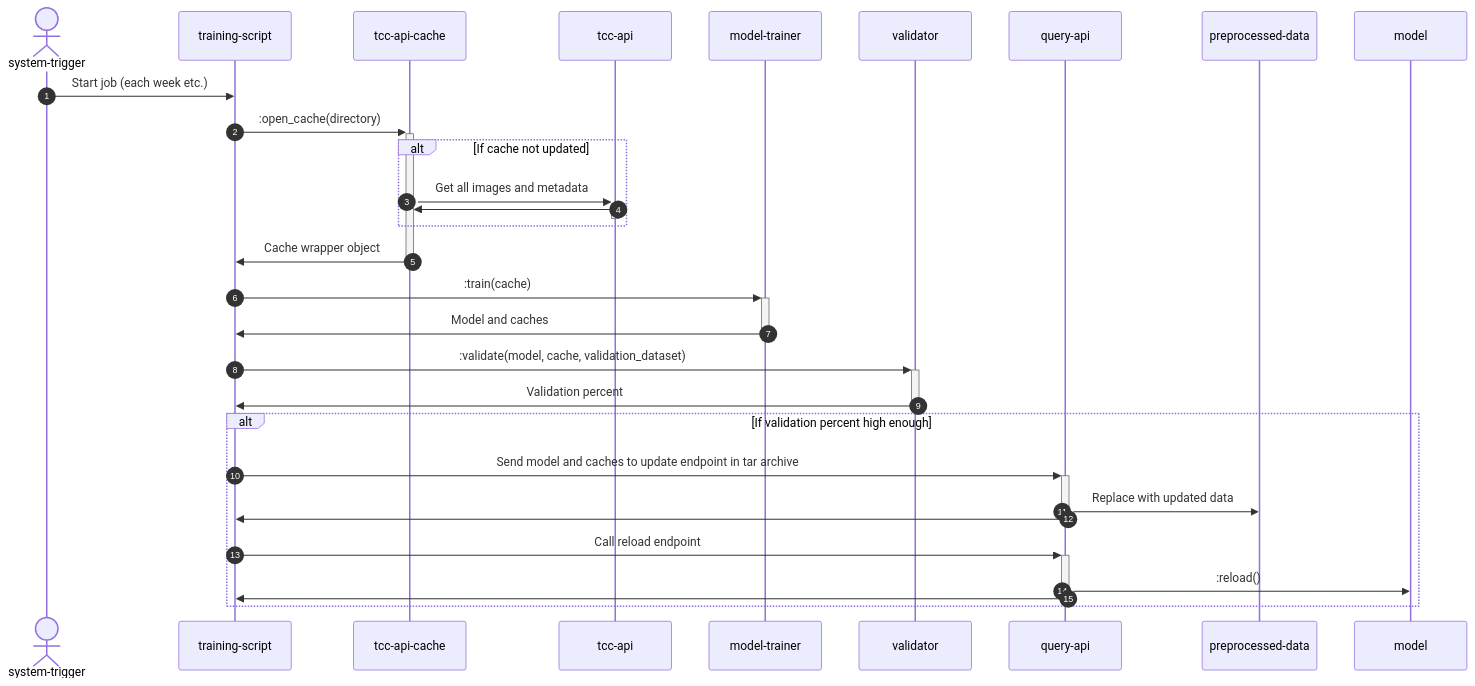
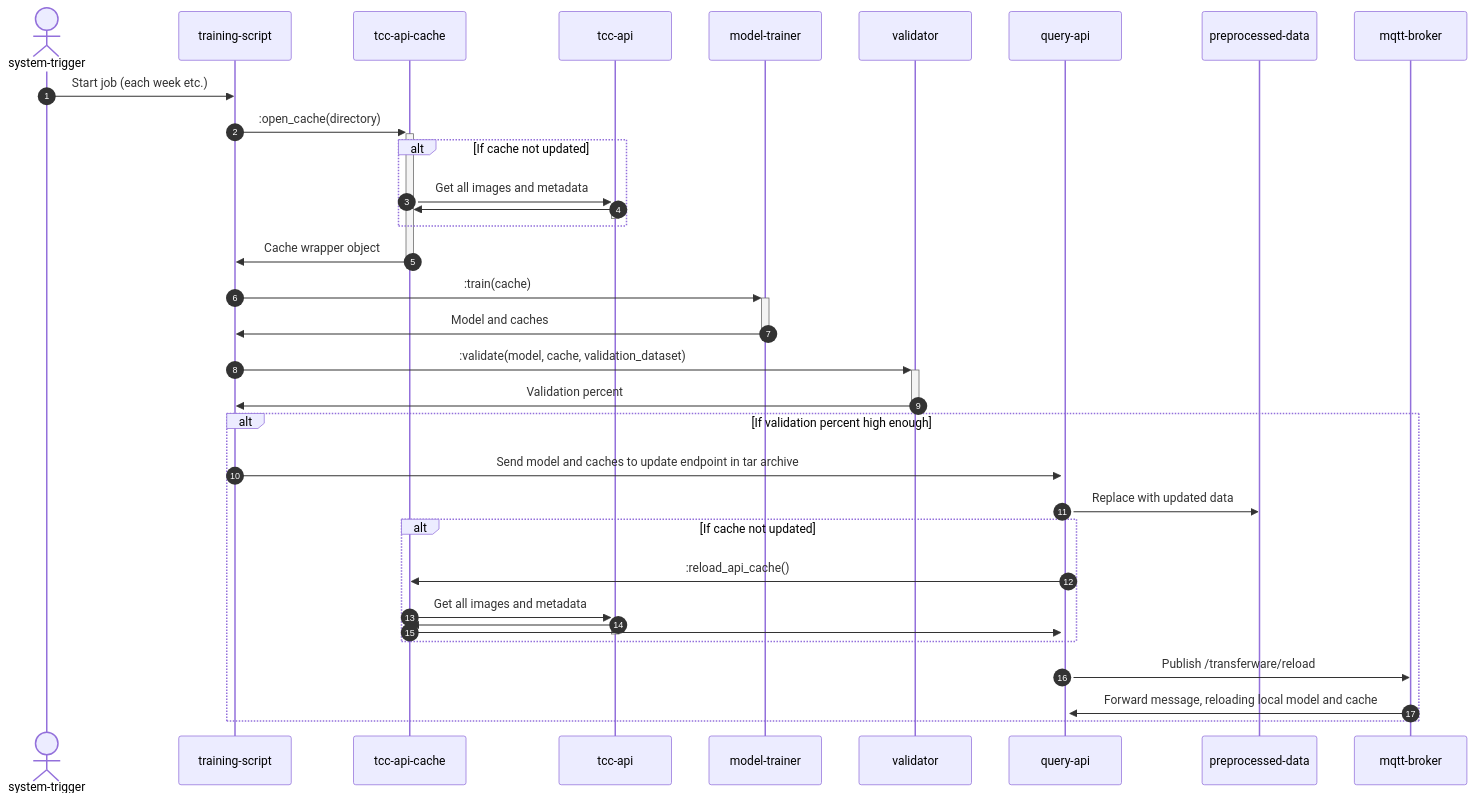
Before and after one commit to andyblarblar/transferware.ai: the second of 7 diagrams in docs/UML.md, drawn with Mermaid. The commit also changed 7 other files, not shown here.

Commit message:
Add MQTT for managing reload

````diff
--- a/docs/UML.md
+++ b/docs/UML.md
@@ -26,26 +26,32 @@
 ```mermaid
 sequenceDiagram
     autonumber
     actor system-trigger
     
     system-trigger->>training-script: Start job (each week etc.)
     training-script->>+tcc-api-cache: :open_cache(directory)
     alt If cache not updated 
         tcc-api-cache->>+tcc-api: Get all images and metadata
         tcc-api->>-tcc-api-cache: 
     end
     tcc-api-cache->>-training-script: Cache wrapper object
     training-script->>+model-trainer: :train(cache)
     model-trainer->>-training-script: Model and caches
     training-script->>+validator: :validate(model, cache, validation_dataset)
     validator->>-training-script: Validation percent
     alt If validation percent high enough 
         training-script->>+query-api: Send model and caches to update endpoint in tar archive
         query-api->>preprocessed-data: Replace with updated data
-        query-api->>-training-script: 
-        training-script->>+query-api: Call reload endpoint
-        query-api->>model: :reload()
-        query-api->>-training-script: 
+        
+        alt If cache not updated 
+        query-api->>tcc-api-cache: :reload_api_cache()
+        tcc-api-cache->>+tcc-api: Get all images and metadata
+        tcc-api->>-tcc-api-cache: 
+        tcc-api-cache->>query-api: 
+        end
+        
+        query-api->>mqtt-broker: Publish /transferware/reload
+        mqtt-broker->>query-api: Forward message, reloading local model and cache
     end
     
 ```
````
